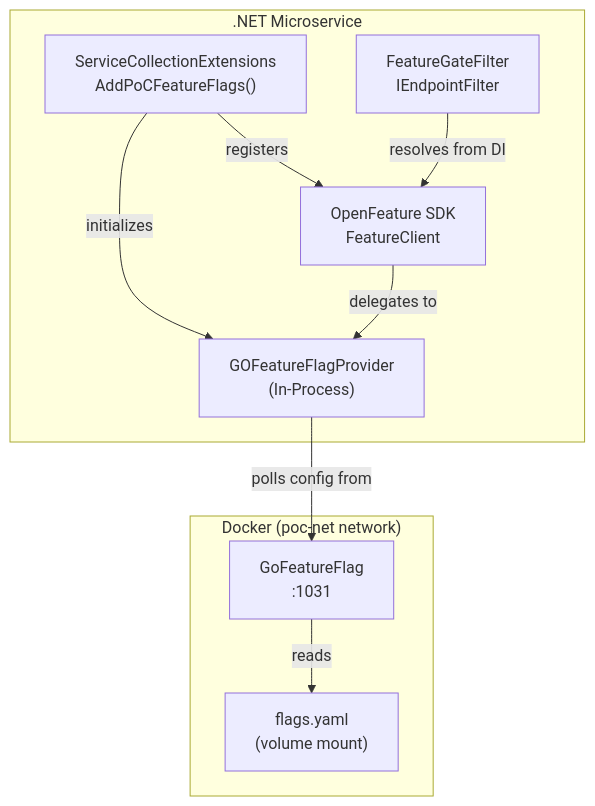
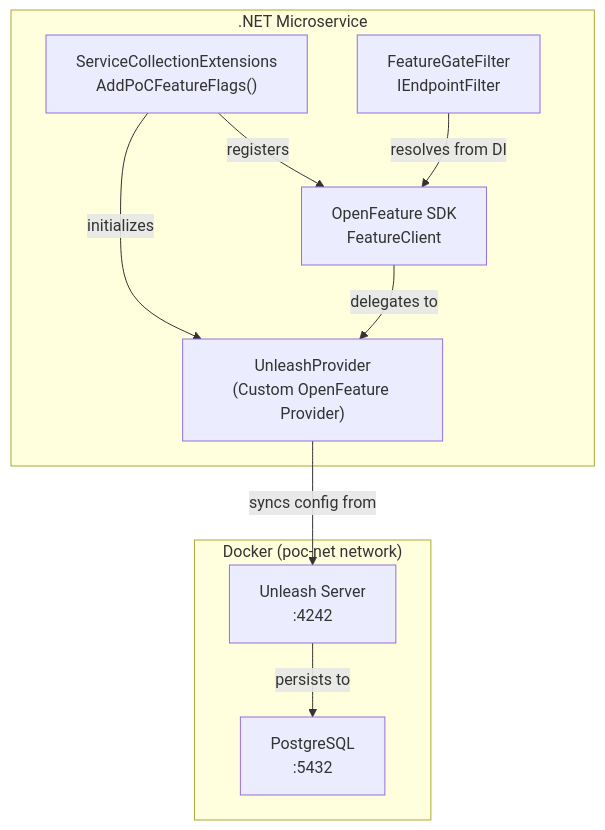
Before and after one commit to brenoemelo/poc_feature: the second of 2 diagrams in docs/guides/feature-flags.md, drawn with Mermaid. The commit also changed other lines of this file and 94 other files, not shown here.

First line of the commit message:
feat: migrate from GO Feature Flag to Unleash and enhance observability

````diff
--- a/docs/guides/feature-flags.md
+++ b/docs/guides/feature-flags.md
@@ -45,21 +55,21 @@
 ```mermaid
 graph TD
     subgraph Docker["Docker (poc-net network)"]
-        GOFF["GoFeatureFlag<br/>:1031"]
-        YAML["flags.yaml<br/>(volume mount)"]
-        GOFF -->|reads| YAML
+        Unleash["Unleash Server<br/>:4242"]
+        DB["PostgreSQL<br/>:5432"]
+        Unleash -->|persists to| DB
     end
 
     subgraph DotNet[".NET Microservice"]
         EXT["ServiceCollectionExtensions<br/>AddPoCFeatureFlags()"]
         FILTER["FeatureGateFilter<br/>IEndpointFilter"]
         SDK["OpenFeature SDK<br/>FeatureClient"]
-        PROVIDER["GOFeatureFlagProvider<br/>(In-Process)"]
+        PROVIDER["UnleashProvider<br/>(Custom OpenFeature Provider)"]
     end
 
     EXT -->|registers| SDK
     EXT -->|initializes| PROVIDER
     FILTER -->|resolves from DI| SDK
     SDK -->|delegates to| PROVIDER
-    PROVIDER -->|polls config from| GOFF
+    PROVIDER -->|syncs config from| Unleash
 ```
````
